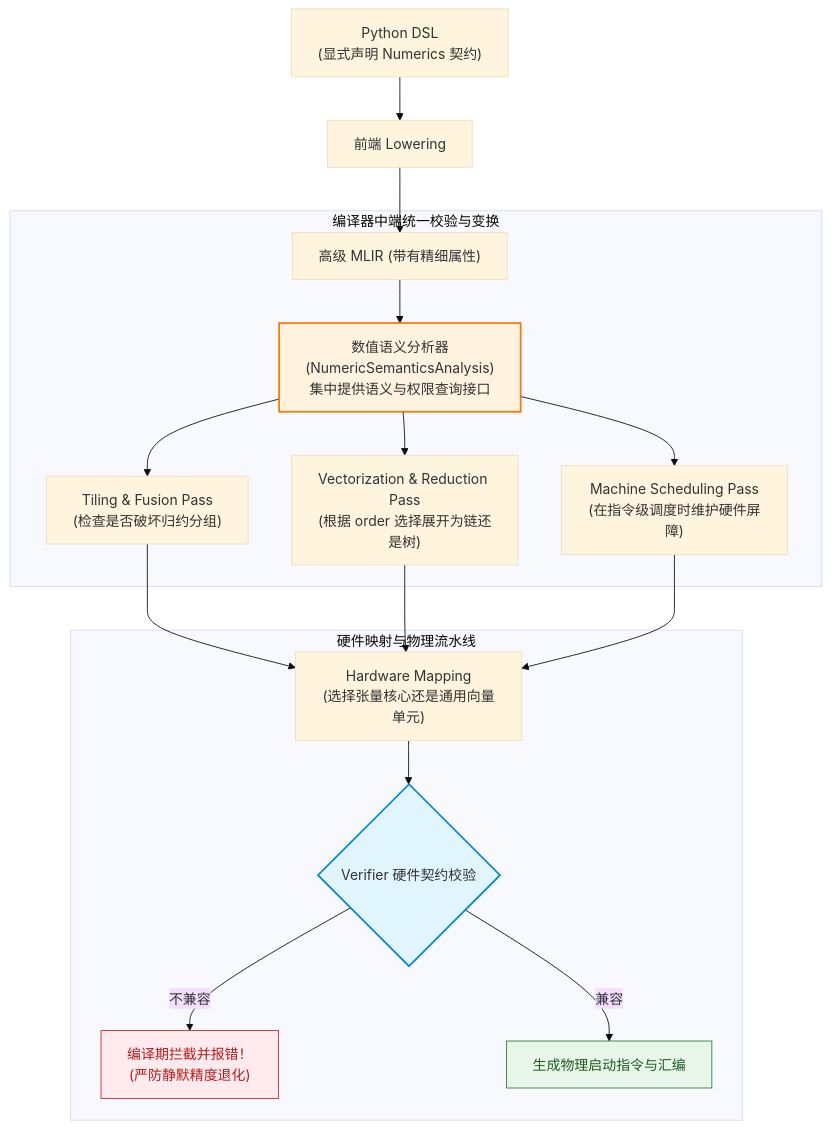
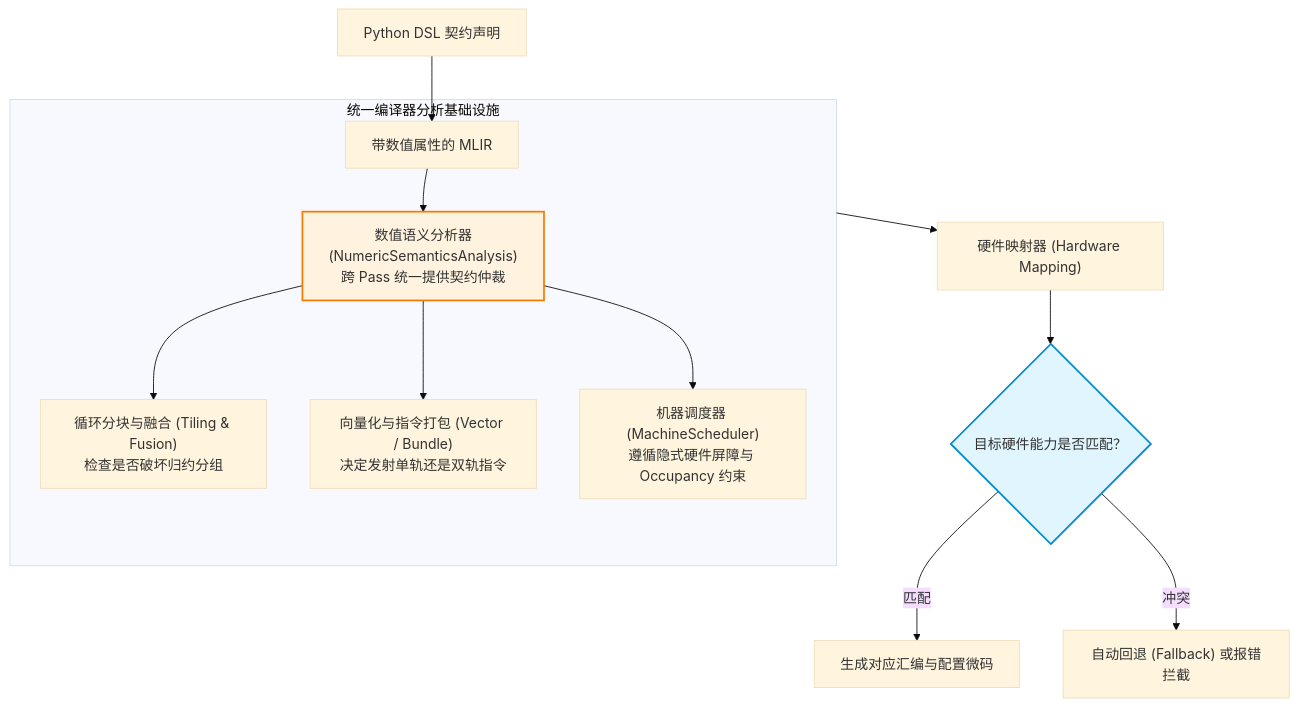
Diagram 14 of 16 in src/content/posts/compiler-instruction-scheduling-and-numerical-semantics-contract-guide.md (hqu-little-boy/blog), drawn with Mermaid (base theme) before and after one commit. The commit also changed other lines of this file, not shown here.

Commit message:
feat: expand compiler scheduling guide to cover 6 heterogeneous accelerator architectures (GPU/VLIW/DSP/Systolic/CGRA/RVV)

````diff
--- a/src/content/posts/compiler-instruction-scheduling-and-numerical-semantics-contract-guide.md
+++ b/src/content/posts/compiler-instruction-scheduling-and-numerical-semantics-contract-guide.md
@@ -727,26 +795,19 @@
 ```mermaid
 flowchart TD
-    dsl["Python DSL\n(显式声明 Numerics 契约)"] --> fe["前端 Lowering"]
-    fe --> mlir["高级 MLIR (带有精细属性)"]
+    dsl["Python DSL 契约声明"] --> mlir["带数值属性的 MLIR"]
 
-    subgraph Compiler_MiddleEnd ["编译器中端统一校验与变换"]
-        mlir --> nsa["数值语义分析器\n(NumericSemanticsAnalysis)\n集中提供语义与权限查询接口"]
-        nsa --> pass1["Tiling & Fusion Pass\n(检查是否破坏归约分组)"]
-        nsa --> pass2["Vectorization & Reduction Pass\n(根据 order 选择展开为链还是树)"]
-        nsa --> pass3["Machine Scheduling Pass\n(在指令级调度时维护硬件屏障)"]
+    subgraph Compiler_Framework ["统一编译器分析基础设施"]
+        mlir --> nsa["数值语义分析器\n(NumericSemanticsAnalysis)\n跨 Pass 统一提供契约仲裁"]
+        nsa --> p1["循环分块与融合 (Tiling & Fusion)\n检查是否破坏归约分组"]
+        nsa --> p2["向量化与指令打包 (Vector / Bundle)\n决定发射单轨还是双轨指令"]
+        nsa --> p3["机器调度器 (MachineScheduler)\n遵循隐式硬件屏障与 Occupancy 约束"]
     end
 
-    subgraph HW_Mapping ["硬件映射与物理流水线"]
-        pass1 --> map["Hardware Mapping\n(选择张量核心还是通用向量单元)"]
-        pass2 --> map
-        pass3 --> map
-        map --> verify{"Verifier 硬件契约校验"}
-        verify -->|不兼容| fail["编译期拦截并报错！\n(严防静默精度退化)"]
-        verify -->|兼容| codegen["生成物理启动指令与汇编"]
-    end
+    Compiler_Framework --> mapping["硬件映射器 (Hardware Mapping)"]
+    mapping --> target_decision{"目标硬件能力是否匹配？"}
+    target_decision -->|匹配| codegen["生成对应汇编与配置微码"]
+    target_decision -->|冲突| fallback["自动回退 (Fallback) 或报错拦截"]
 
     style nsa fill:#fff3e0,stroke:#f57c00,stroke-width:2px
-    style verify fill:#e1f5fe,stroke:#0288d1,stroke-width:2px
-    style fail fill:#ffebee,stroke:#c62828,color:#b71c1c
-    style codegen fill:#e8f5e9,stroke:#2e7d32,color:#1b5e20
+    style target_decision fill:#e1f5fe,stroke:#0288d1,stroke-width:2px
 ```
````
